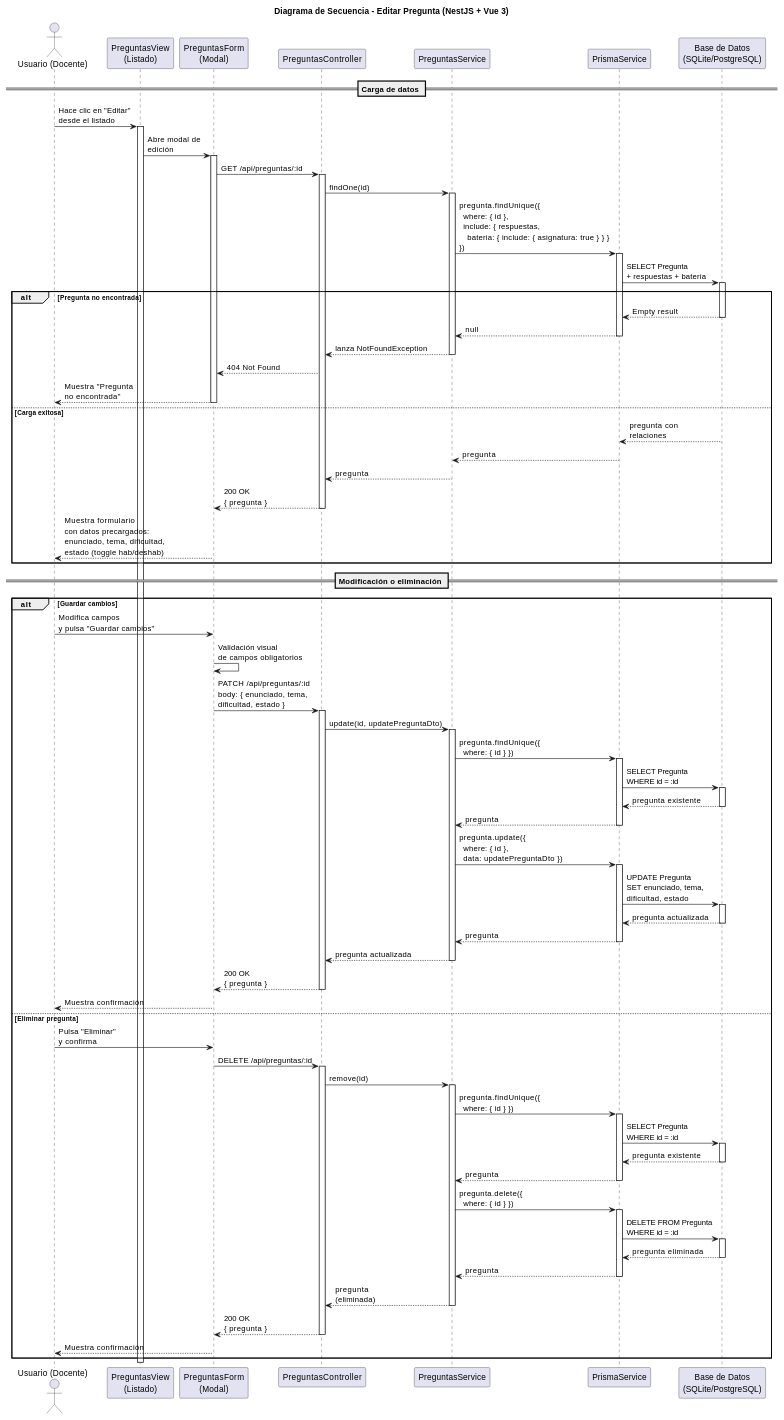
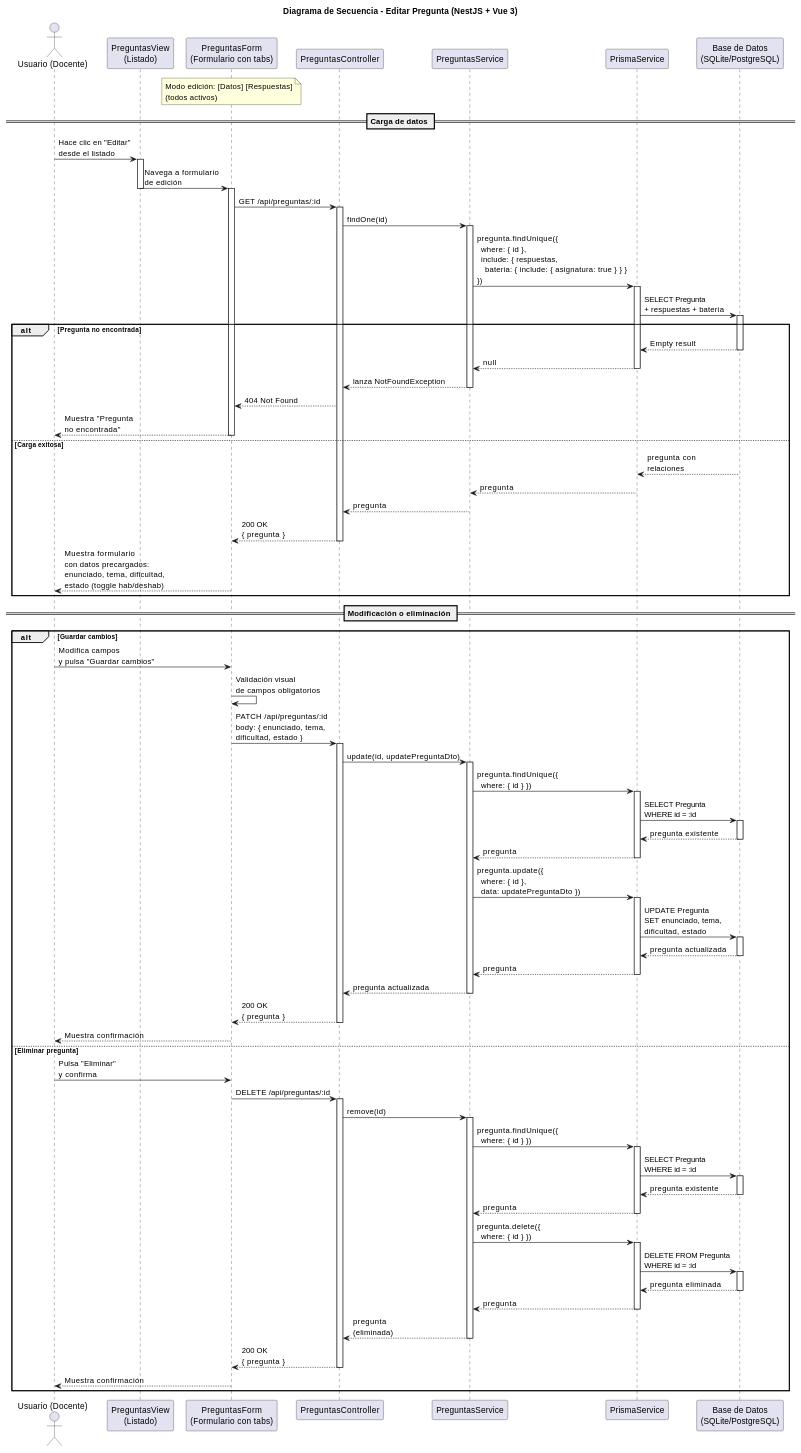
Before and after one commit to marcosgutierrez6/25-26-idsw2-sdVC: the diagram in documents/diseño/editarPregunta/README.md, drawn with PlantUML. The commit also changed other lines of this file and 14 other files, not shown here.

````diff
--- a/documents/diseño/editarPregunta/README.md
+++ b/documents/diseño/editarPregunta/README.md
@@ -33,18 +33,21 @@
 
 actor "Usuario (Docente)" as User
 participant "PreguntasView\n(Listado)" as List
-participant "PreguntasForm\n(Modal)" as Form
+participant "PreguntasForm\n(Formulario con tabs)" as Form
 participant "PreguntasController" as Controller
 participant "PreguntasService" as Service
 participant "PrismaService" as Prisma
 participant "Base de Datos\n(SQLite/PostgreSQL)" as DB
+
+note over Form : Modo edición: [Datos] [Respuestas]\n(todos activos)
 
 == Carga de datos ==
 
 User -> List: Hace clic en "Editar"\ndesde el listado
 activate List
 
-List -> Form: Abre modal de\nedición
+List -> Form: Navega a formulario\nde edición
+deactivate List
 activate Form
 
 Form -> Controller: GET /api/preguntas/:id
@@ -148,7 +151,6 @@
 end
 
 deactivate Form
-deactivate List
 
 @enduml
 ```
````
